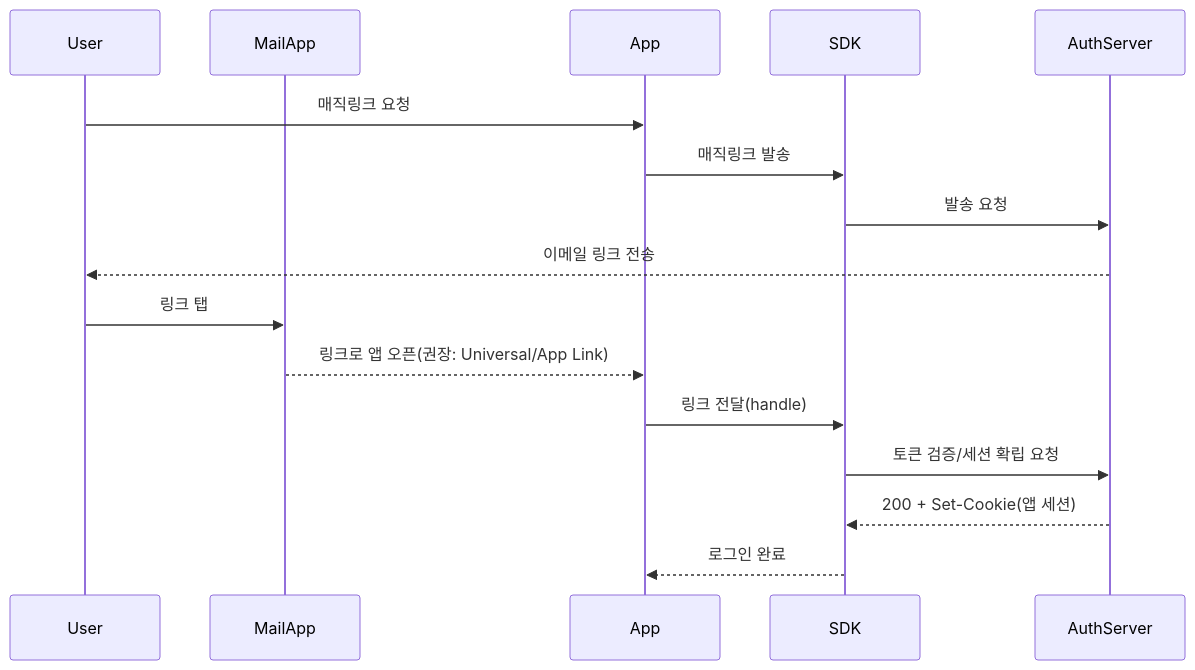
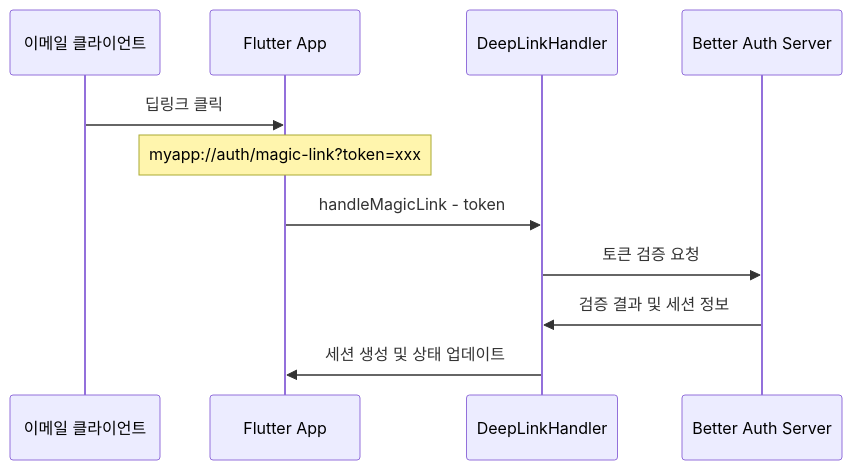
Diagram 11 of 12 in docs/better-auth-flutter-prd.md (j-token/better-auth-flutter), drawn with Mermaid before and after one commit. The commit also changed other lines of this file, not shown here.

````diff
--- a/docs/better-auth-flutter-prd.md
+++ b/docs/better-auth-flutter-prd.md
@@ -217,19 +677,14 @@
 ```mermaid
 sequenceDiagram
-  participant User
-  participant MailApp
-  participant App
-  participant SDK
-  participant AuthServer
+    participant Email as 이메일 클라이언트
+    participant App as Flutter App
+    participant Handler as DeepLinkHandler
+    participant Server as Better Auth Server
 
-  User->>App: 매직링크 요청
-  App->>SDK: 매직링크 발송
-  SDK->>AuthServer: 발송 요청
-  AuthServer-->>User: 이메일 링크 전송
-  User->>MailApp: 링크 탭
-  MailApp-->>App: 링크로 앱 오픈(권장: Universal/App Link)
-  App->>SDK: 링크 전달(handle)
-  SDK->>AuthServer: 토큰 검증/세션 확립 요청
-  AuthServer-->>SDK: 200 + Set-Cookie(앱 세션)
-  SDK-->>App: 로그인 완료
+    Email->>App: 딥링크 클릭
+    Note over App: myapp://auth/magic-link?token=xxx
+    App->>Handler: handleMagicLink - token
+    Handler->>Server: 토큰 검증 요청
+    Server->>Handler: 검증 결과 및 세션 정보
+    Handler->>App: 세션 생성 및 상태 업데이트
 ```
````
